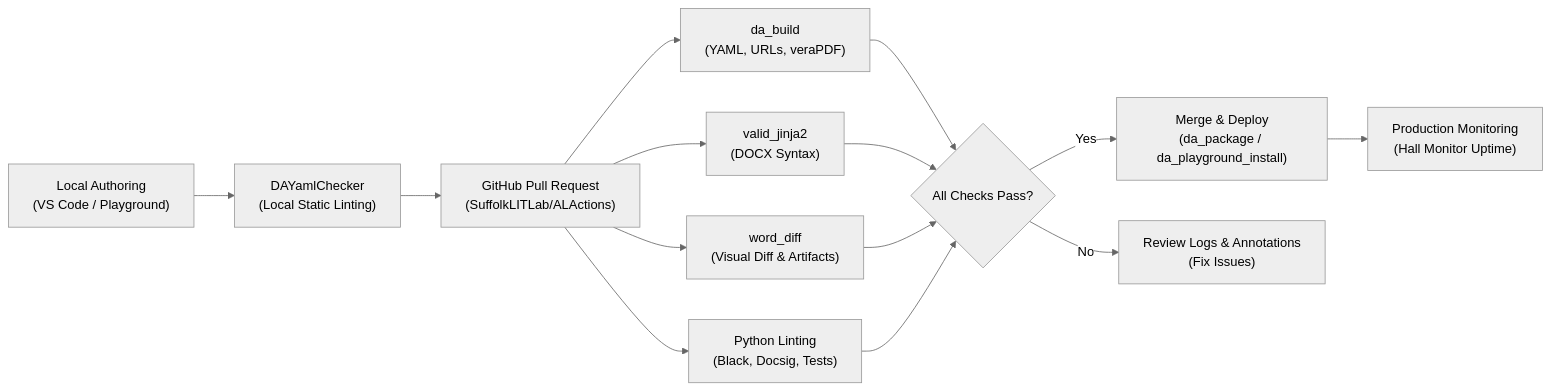
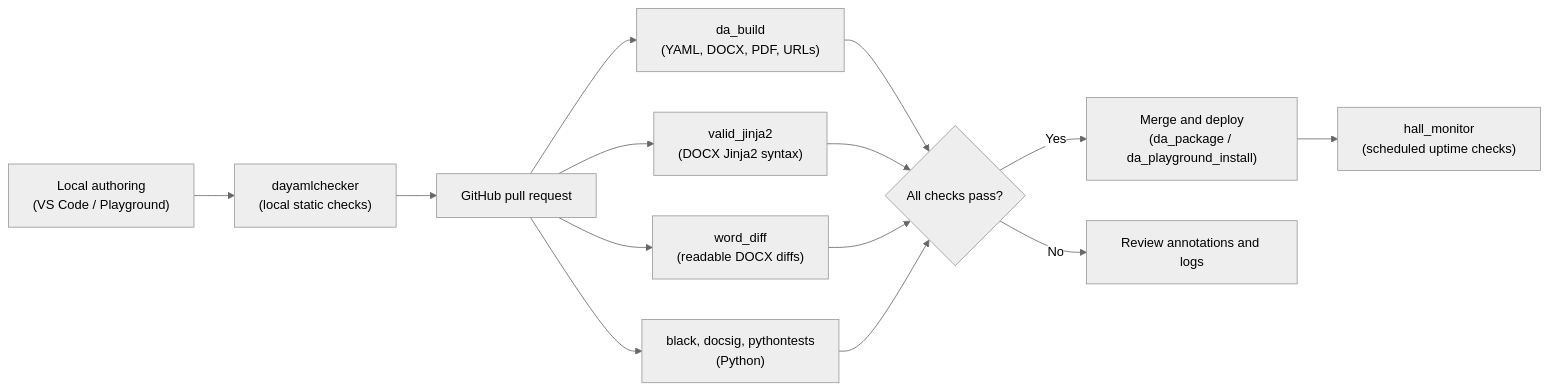
Before and after one commit to SuffolkLITLab/AssemblyLine-docs: the diagram in docs/automated_quality_checks/overview.md, drawn with Mermaid (neutral theme). The commit also changed other lines of this file and 19 other files, not shown here.

````diff
--- a/docs/automated_quality_checks/overview.md
+++ b/docs/automated_quality_checks/overview.md
@@ -12,13 +17,13 @@
 ```mermaid
 flowchart LR
-    A["Local Authoring\n(VS Code / Playground)"] --> B["DAYamlChecker\n(Local Static Linting)"]
-    B --> C["GitHub Pull Request\n(SuffolkLITLab/ALActions)"]
-    C --> D["da_build\n(YAML, URLs, veraPDF)"]
-    C --> E["valid_jinja2\n(DOCX Syntax)"]
-    C --> F["word_diff\n(Visual Diff & Artifacts)"]
-    C --> G["Python Linting\n(Black, Docsig, Tests)"]
-    D & E & F & G --> H{"All Checks Pass?"}
-    H -->|Yes| I["Merge & Deploy\n(da_package / da_playground_install)"]
-    H -->|No| J["Review Logs & Annotations\n(Fix Issues)"]
-    I --> K["Production Monitoring\n(Hall Monitor Uptime)"]
+    A["Local authoring<br/>(VS Code / Playground)"] --> B["dayamlchecker<br/>(local static checks)"]
+    B --> C["GitHub pull request"]
+    C --> D["da_build<br/>(YAML, DOCX, PDF, URLs)"]
+    C --> E["valid_jinja2<br/>(DOCX Jinja2 syntax)"]
+    C --> F["word_diff<br/>(readable DOCX diffs)"]
+    C --> G["black, docsig, pythontests<br/>(Python)"]
+    D & E & F & G --> H{"All checks pass?"}
+    H -->|Yes| I["Merge and deploy<br/>(da_package / da_playground_install)"]
+    H -->|No| J["Review annotations and logs"]
+    I --> K["hall_monitor<br/>(scheduled uptime checks)"]
 ```
````
